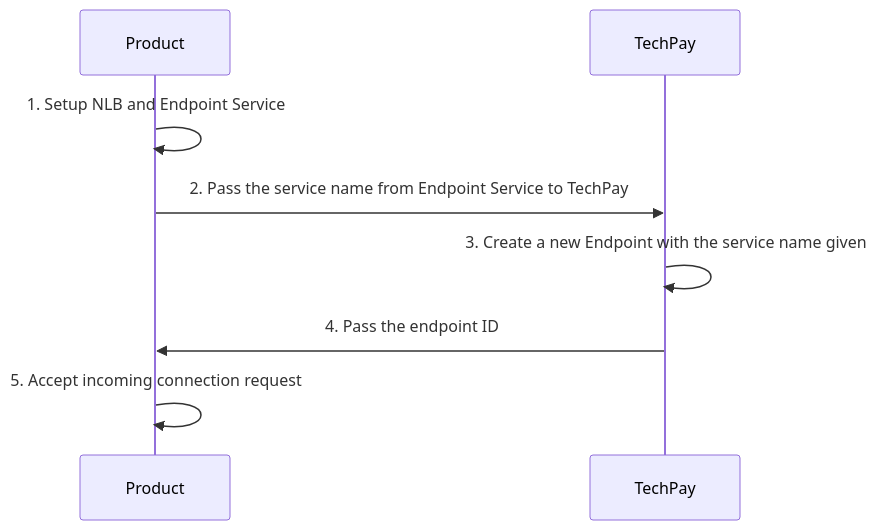
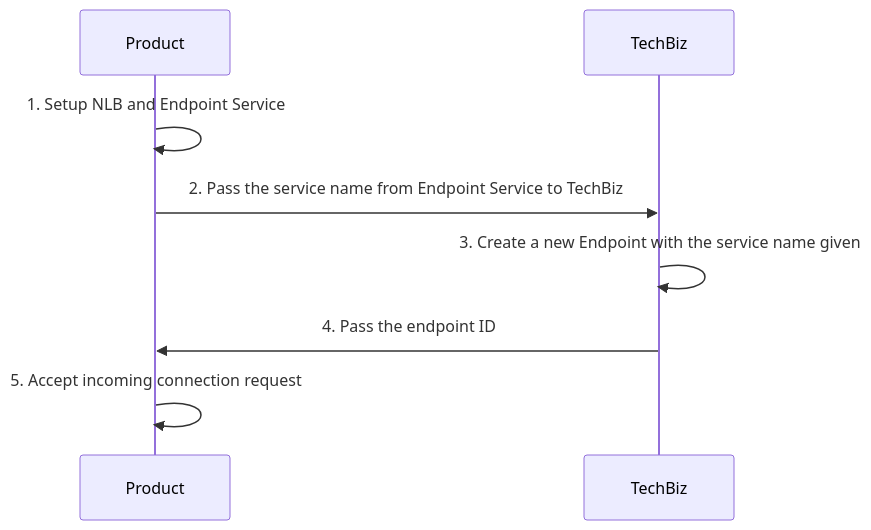
The second of 2 diagrams in docs/usage_api.md (sg-developer-portal/TechBiz-Documentation-Clone), drawn with Mermaid before and after one commit. The commit also changed other lines of this file, not shown here.

````diff
--- a/docs/usage_api.md
+++ b/docs/usage_api.md
@@ -50,8 +63,8 @@
 ```mermaid
 sequenceDiagram
 Product->>Product: 1. Setup NLB and Endpoint Service
-Product->>TechPay: 2. Pass the service name from Endpoint Service to TechPay
-TechPay->>TechPay: 3. Create a new Endpoint with the service name given
-TechPay->>Product: 4. Pass the endpoint ID
-Product->>Product: 5. Accept incoming connection request 
+Product->>TechBiz: 2. Pass the service name from Endpoint Service to TechBiz
+TechBiz->>TechBiz: 3. Create a new Endpoint with the service name given
+TechBiz->>Product: 4. Pass the endpoint ID
+Product->>Product: 5. Accept incoming connection request
 ```
````
